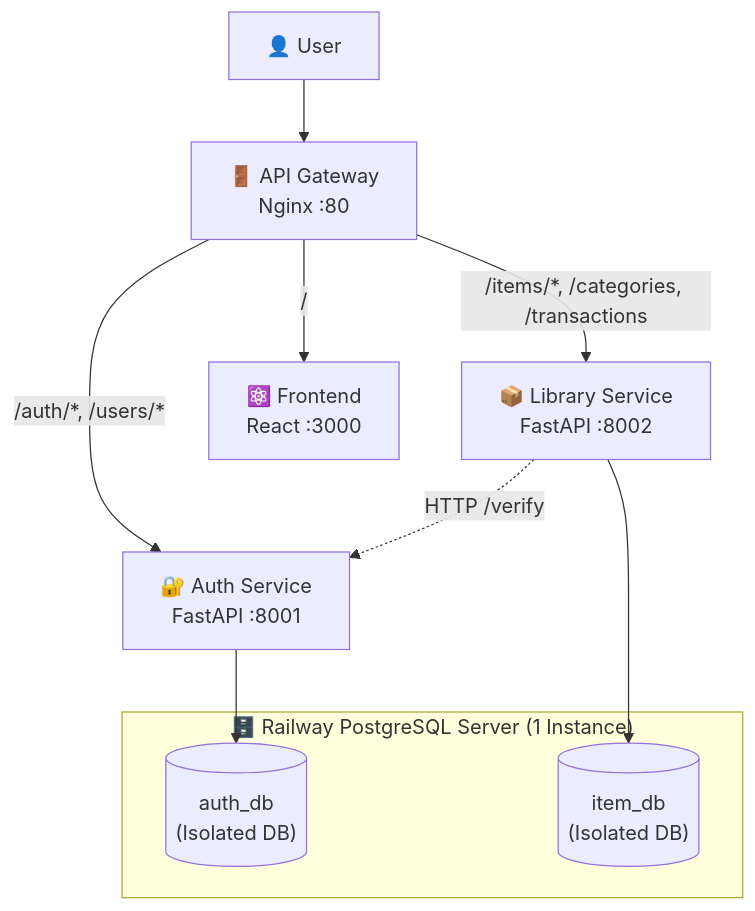
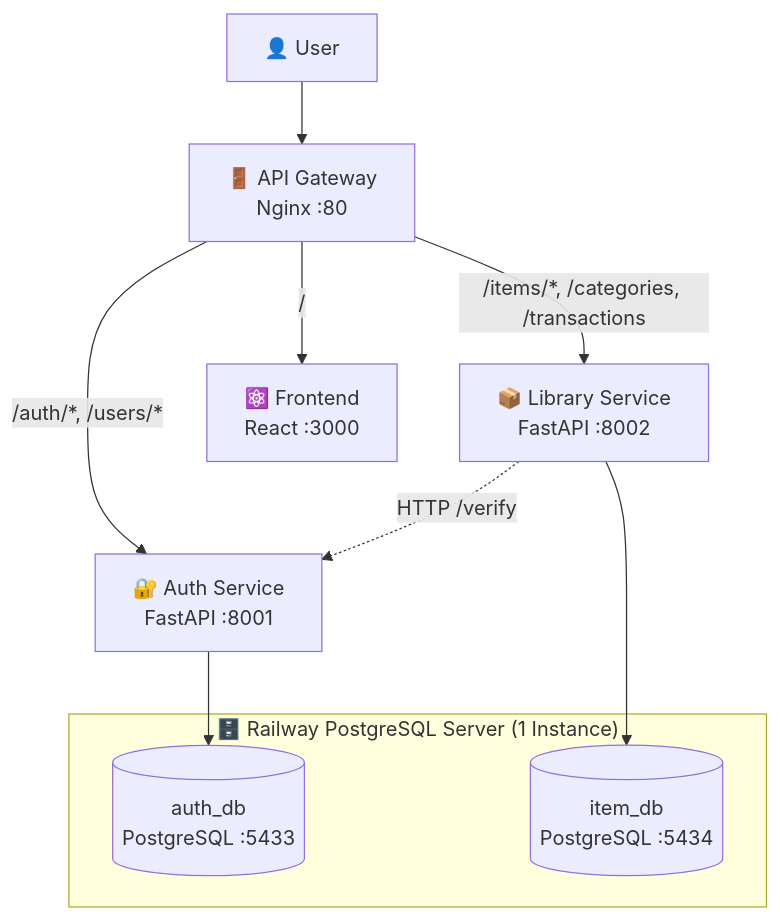
One commit to aidilsaputrakirsan-classroom/cc-kelompok-a-hexacore changed the diagram in readme.md. Above: the diagram before and after it, drawn with Mermaid. The commit also changed other lines of this file and 6 other files, not shown here.

````diff
--- a/readme.md
+++ b/readme.md
@@ -55,16 +55,16 @@
 ```mermaid
 flowchart TD
     USER["👤 User"] --> GW["🚪 API Gateway<br/>Nginx :80"]
     GW -->|"/auth/*, /users/*"| AUTH["🔐 Auth Service<br/>FastAPI :8001"]
     GW -->|"/items/*, /categories, /transactions"| ITEM["📦 Library Service<br/>FastAPI :8002"]
     GW -->|"/"| FE["⚛️ Frontend<br/>React :3000"]
     
     subgraph RailwayDB ["🗄️ Railway PostgreSQL Server (1 Instance)"]
         ADB[("auth_db<br/>(Isolated DB)")]
         IDB[("item_db<br/>(Isolated DB)")]
     end
 
-    AUTH --> ADB
-    ITEM --> IDB
+    AUTH --> ADB[("auth_db<br/>PostgreSQL :5433")]
+    ITEM --> IDB[("item_db<br/>PostgreSQL :5434")]
     ITEM -.->|"HTTP /verify"| AUTH
 ```
````
